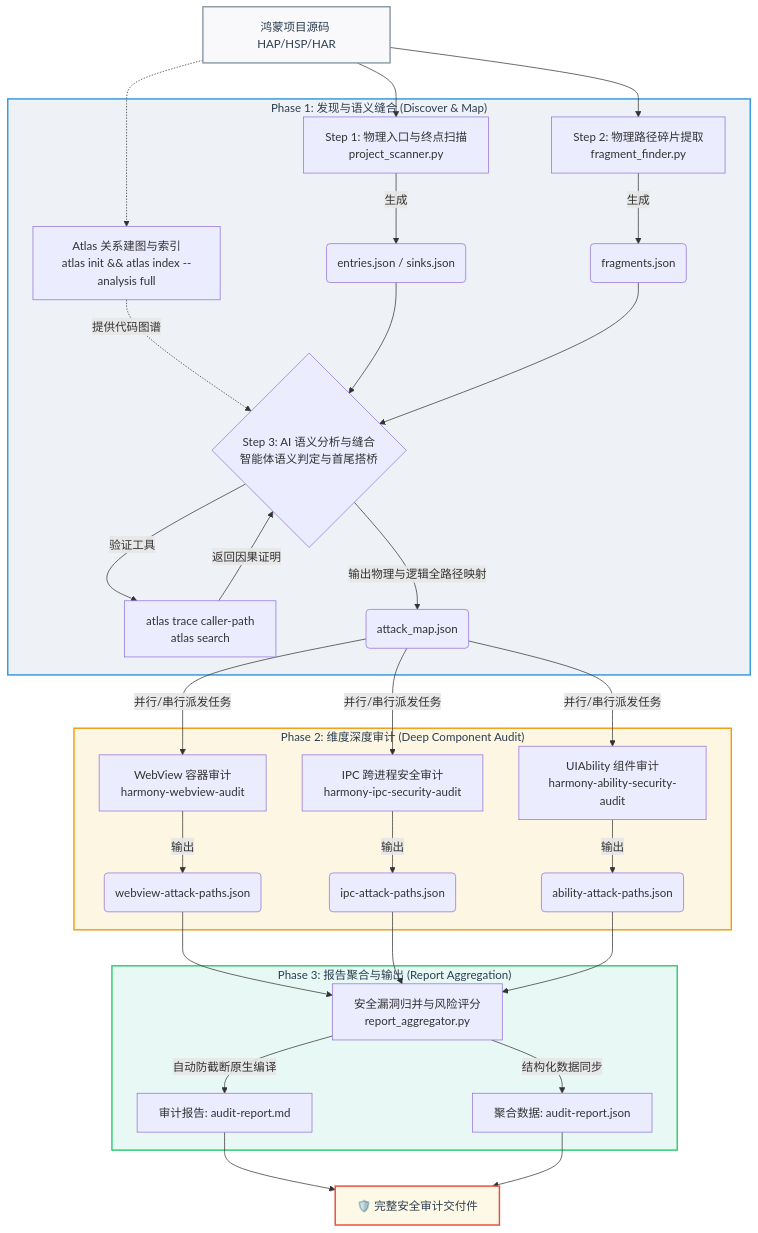
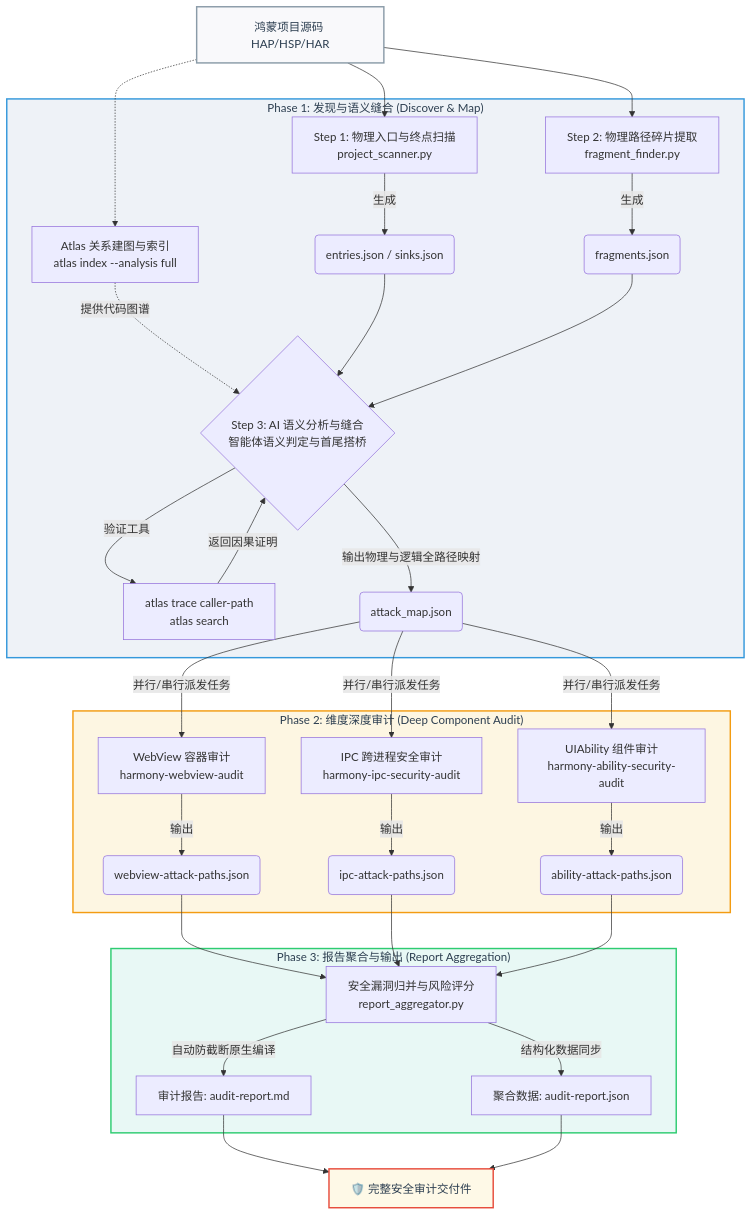
The diagram in README.md (JiJunmo/harmonySecAnalyzer), drawn with Mermaid before and after one commit. The commit also changed other lines of this file and 1 other file, not shown here.

Commit message:
docs: remove redundant atlas init from indexing commands

````diff
--- a/README.md
+++ b/README.md
@@ -11,53 +11,53 @@
 ```mermaid
 graph TD
     %% Styling
     classDef inputStyle fill:#f9f9fb,stroke:#8a9ba8,stroke-width:2px,color:#2c3e50;
     classDef phase1Style fill:#eef2f7,stroke:#3498db,stroke-width:2px,color:#2c3e50;
     classDef phase2Style fill:#fdf6e2,stroke:#f39c12,stroke-width:2px,color:#2c3e50;
     classDef phase3Style fill:#e8f8f5,stroke:#2ecc71,stroke-width:2px,color:#2c3e50;
     classDef outputStyle fill:#fef9e7,stroke:#e74c3c,stroke-width:2px,color:#2c3e50;
 
     %% Nodes
     Source["鸿蒙项目源码 HAP/HSP/HAR"]:::inputStyle
 
     %% Phase 1: Discover & Map
     subgraph P1 ["Phase 1: 发现与语义缝合 (Discover & Map)"]
         A1["Step 1: 物理入口与终点扫描<br>project_scanner.py"] -->|生成| B1("entries.json / sinks.json")
         A2["Step 2: 物理路径碎片提取<br>fragment_finder.py"] -->|生成| B2("fragments.json")
         
         %% Atlas Indexing
-        Atlas["Atlas 关系建图与索引<br>atlas init && atlas index --analysis full"] -.->|提供代码图谱| Stitch
+        Atlas["Atlas 关系建图与索引<br>atlas index --analysis full"] -.->|提供代码图谱| Stitch
         
         B1 & B2 --> Stitch{"Step 3: AI 语义分析与缝合<br>智能体语义判定与首尾搭桥"}
         Stitch -->|验证工具| Trace["atlas trace caller-path<br>atlas search"]
         Trace -->|返回因果证明| Stitch
         Stitch -->|输出物理与逻辑全路径映射| C("attack_map.json")
     end
     class P1 phase1Style;
 
     %% Phase 2: Deep Component Audit
     subgraph P2 ["Phase 2: 维度深度审计 (Deep Component Audit)"]
         C -->|并行/串行派发任务| D1["WebView 容器审计<br>harmony-webview-audit"]
         C -->|并行/串行派发任务| D2["IPC 跨进程安全审计<br>harmony-ipc-security-audit"]
         C -->|并行/串行派发任务| D3["UIAbility 组件审计<br>harmony-ability-security-audit"]
         
         D1 -->|输出| E1("webview-attack-paths.json")
         D2 -->|输出| E2("ipc-attack-paths.json")
         D3 -->|输出| E3("ability-attack-paths.json")
     end
     class P2 phase2Style;
 
     %% Phase 3: Aggregation & Native Output
     subgraph P3 ["Phase 3: 报告聚合与输出 (Report Aggregation)"]
         E1 & E2 & E3 --> F["安全漏洞归并与风险评分<br>report_aggregator.py"]
         F -->|自动防截断原生编译| G1["审计报告: audit-report.md"]
         F -->|结构化数据同步| G2["聚合数据: audit-report.json"]
     end
     class P3 phase3Style;
 
     %% Connections
     Source --> A1
     Source --> A2
     Source -.-> Atlas
     G1 & G2 --> Output["🛡️ 完整安全审计交付件"]:::outputStyle
 ```
````
